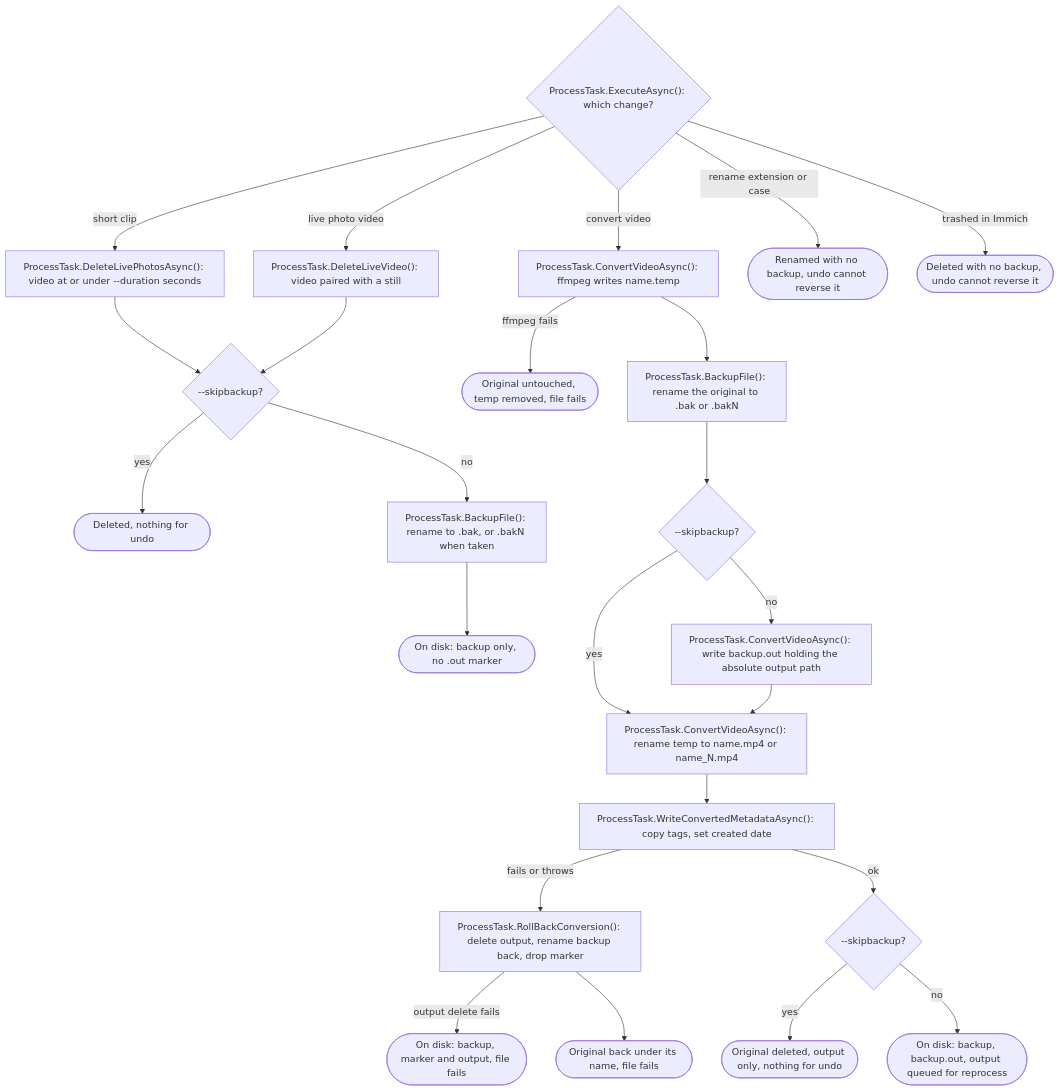
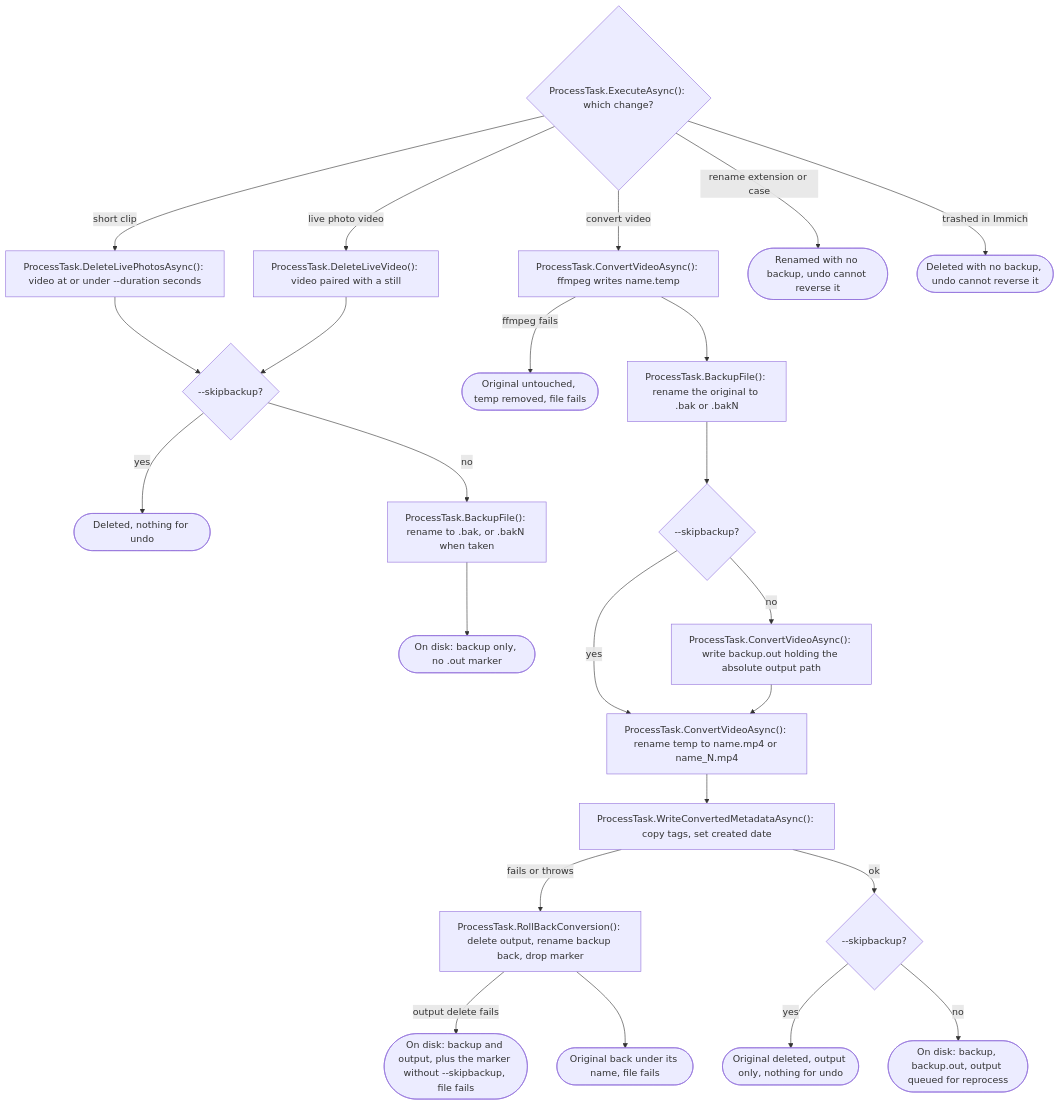
Diagram 18 of 23 in ARCHITECTURE.md (ptr727/PhotoCleaner), drawn with Mermaid before and after one commit. The commit also changed other lines of this file, not shown here.

Commit message:
Check --trashdb Before Creating Its Folder, and Name the Marker Only Without --skipbackup

````diff
--- a/ARCHITECTURE.md
+++ b/ARCHITECTURE.md
@@ -927,27 +928,27 @@
 ```mermaid
 flowchart TD
   P1{"ProcessTask.ExecuteAsync(): which change?"}
   P1 -->|"short clip"| P2["ProcessTask.DeleteLivePhotosAsync(): video at or under --duration seconds"]
   P1 -->|"live photo video"| P3["ProcessTask.DeleteLiveVideo(): video paired with a still"]
   P2 --> P4{"--skipbackup?"}
   P3 --> P4
   P4 -->|"yes"| P5(["Deleted, nothing for undo"])
   P4 -->|"no"| P6["ProcessTask.BackupFile(): rename to .bak, or .bakN when taken"]
   P6 --> P7(["On disk: backup only, no .out marker"])
   P1 -->|"convert video"| P8["ProcessTask.ConvertVideoAsync(): ffmpeg writes name.temp"]
   P8 -->|"ffmpeg fails"| P9(["Original untouched, temp removed, file fails"])
   P8 --> P10["ProcessTask.BackupFile(): rename the original to .bak or .bakN"]
   P10 --> P11{"--skipbackup?"}
   P11 -->|"no"| P12["ProcessTask.ConvertVideoAsync(): write backup.out holding the absolute output path"]
   P11 -->|"yes"| P13
   P12 --> P13["ProcessTask.ConvertVideoAsync(): rename temp to name.mp4 or name_N.mp4"]
   P13 --> P14["ProcessTask.WriteConvertedMetadataAsync(): copy tags, set created date"]
   P14 -->|"fails or throws"| P15["ProcessTask.RollBackConversion(): delete output, rename backup back, drop marker"]
-  P15 -->|"output delete fails"| P16(["On disk: backup, marker and output, file fails"])
+  P15 -->|"output delete fails"| P16(["On disk: backup and output, plus the marker without --skipbackup, file fails"])
   P15 --> P17(["Original back under its name, file fails"])
   P14 -->|"ok"| P18{"--skipbackup?"}
   P18 -->|"yes"| P19(["Original deleted, output only, nothing for undo"])
   P18 -->|"no"| P20(["On disk: backup, backup.out, output queued for reprocess"])
   P1 -->|"rename extension or case"| P21(["Renamed with no backup, undo cannot reverse it"])
   P1 -->|"trashed in Immich"| P22(["Deleted with no backup, undo cannot reverse it"])
 ```
````
